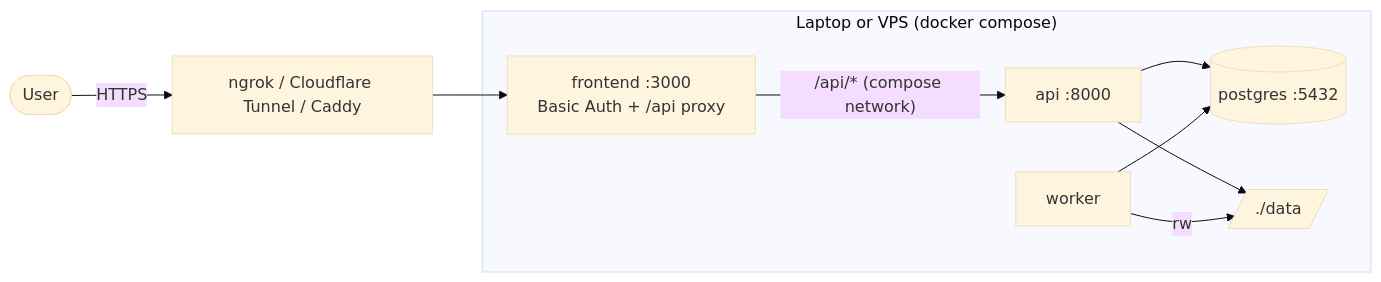
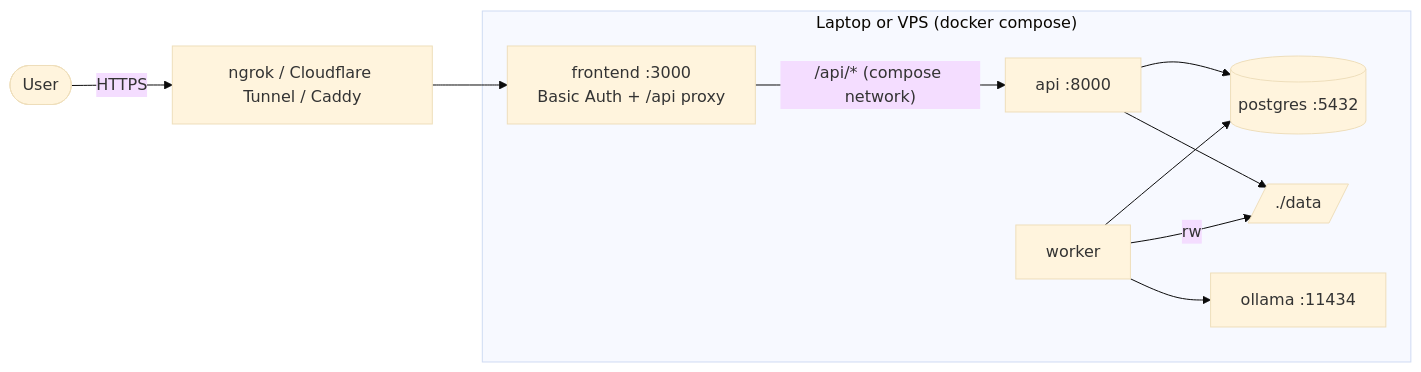
One commit to Corbin09/StreamFeed changed the eighth of 8 diagrams in docs/ARCHITECTURE.md. Above: the diagram before and after it, drawn with Mermaid (base theme). The commit also changed other lines of this file and 15 other files, not shown here.

````diff
--- a/docs/ARCHITECTURE.md
+++ b/docs/ARCHITECTURE.md
@@ -562,16 +576,18 @@
 ```mermaid
 flowchart LR
     subgraph host["Laptop or VPS (docker compose)"]
         fe["frontend :3000<br/>Basic Auth + /api proxy"]
         api[api :8000]
         wk[worker]
         pg[(postgres :5432)]
+        ol[ollama :11434]
         data[/./data/]
     end
     user([User]) -- HTTPS --> edge["ngrok / Cloudflare Tunnel / Caddy"] --> fe
     fe -- "/api/* (compose network)" --> api
     api --> pg
     wk --> pg
     api --> data
     wk -- rw --> data
+    wk --> ol
 ```
````
